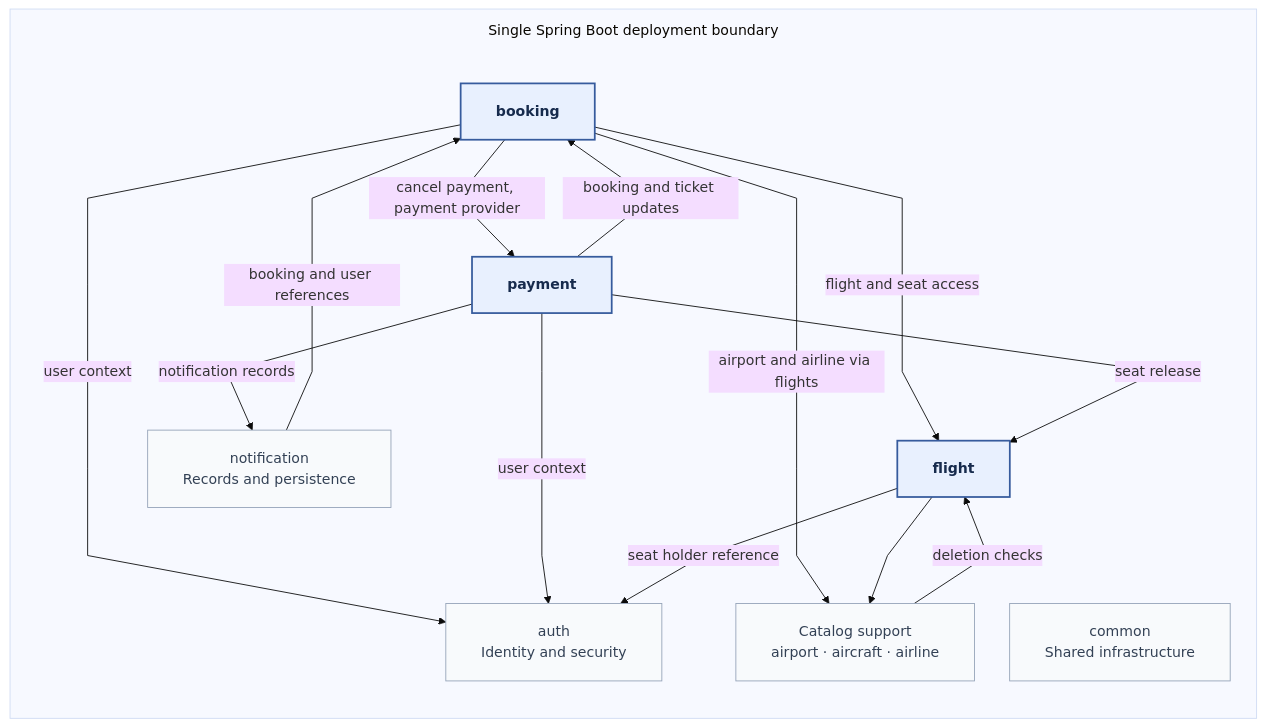
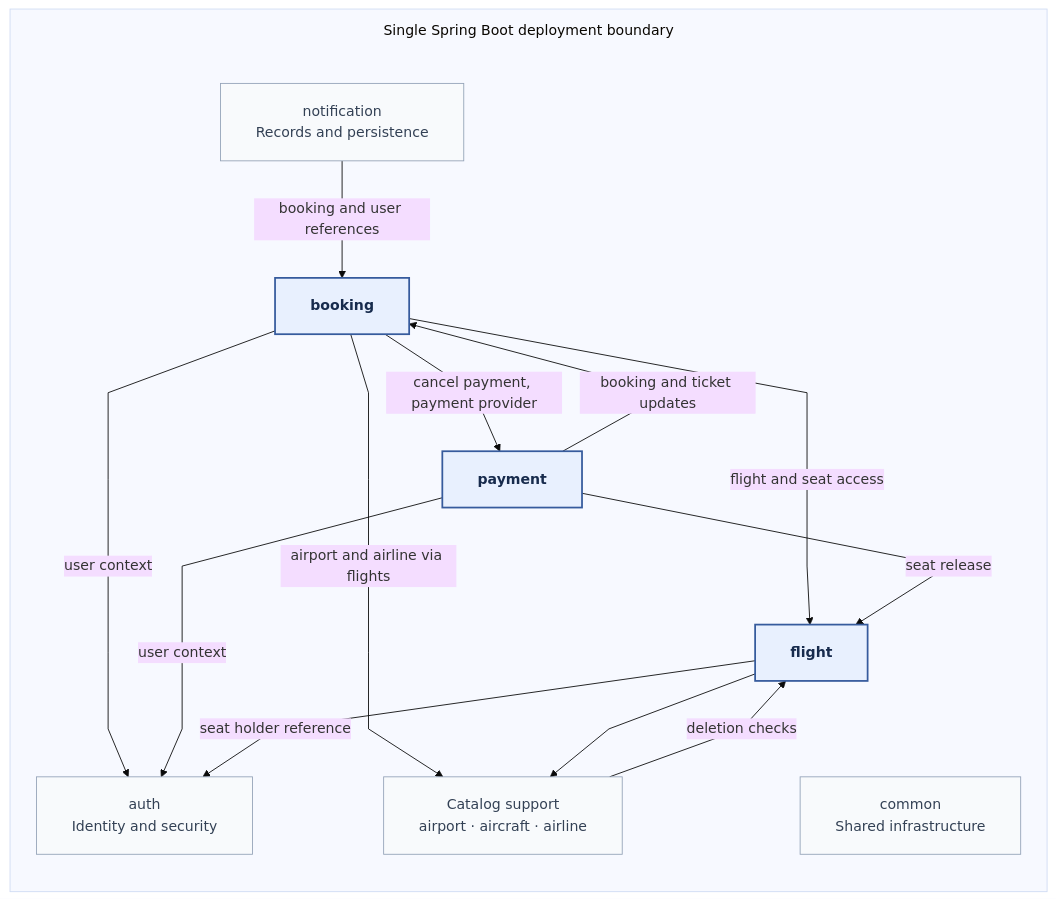
One commit to thannthai/flight-booking-system changed the third of 4 diagrams in docs/02-system-architecture.md. Above: the diagram before and after it, drawn with Mermaid (base theme). The commit also changed other lines of this file and 7 other files, not shown here.

````diff
--- a/docs/02-system-architecture.md
+++ b/docs/02-system-architecture.md
@@ -90,35 +90,34 @@
 ```mermaid
 %%{init: {"flowchart": {"curve": "linear", "nodeSpacing": 40, "rankSpacing": 60, "padding": 20, "subGraphTitleMargin": {"top": 12, "bottom": 30}}}}%%
 flowchart TB
     subgraph Boot["Single Spring Boot deployment boundary"]
         direction TB
         Booking["booking"]
         Payment["payment"]
         Flight["flight"]
         Auth["auth<br/>Identity and security"]
         Notification["notification<br/>Records and persistence"]
 
         Catalog["Catalog support<br/>airport · aircraft · airline"]
         Common["common<br/>Shared infrastructure"]
 
         Booking -->|cancel payment, payment provider| Payment
         Payment -->|booking and ticket updates| Booking
         Booking -->|flight and seat access| Flight
         Payment -->|seat release| Flight
         Booking -->|user context| Auth
         Payment -->|user context| Auth
         Booking -->|airport and airline via flights| Catalog
-        Payment -->|notification records| Notification
         Notification -->|booking and user references| Booking
         Flight -->|seat holder reference| Auth
         Flight --> Catalog
         Catalog -->|deletion checks| Flight
         %% Layout only: shared infrastructure sits beside catalog support.
         Flight ~~~ Common
     end
 
     classDef core fill:#e8f0fe,stroke:#365b9d,stroke-width:2px,color:#172b4d,font-weight:bold
     classDef support fill:#f8fafc,stroke:#94a3b8,color:#334155
     class Booking,Payment,Flight core
     class Auth,Notification,Catalog,Common support
 ```
````
